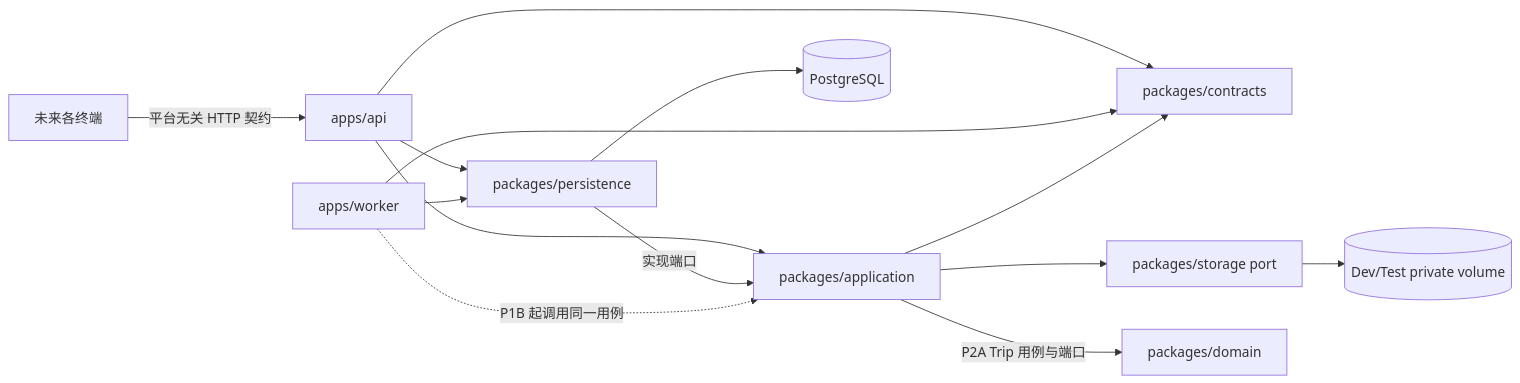
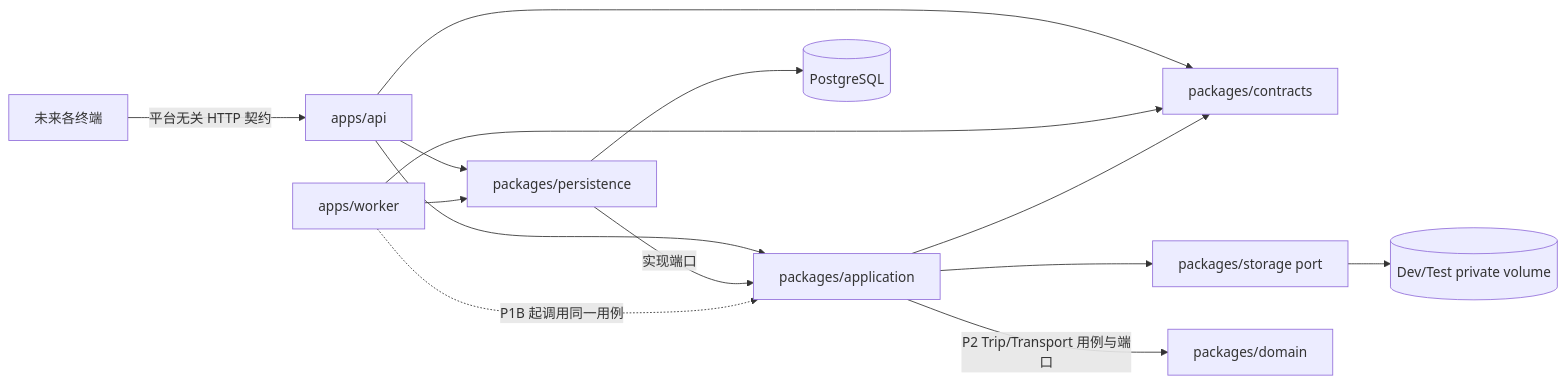
Before and after one commit to tonivikingdom/TRAVEL-V1: the diagram in docs/architecture/modules.md, drawn with Mermaid. The commit also changed other lines of this file and 32 other files, not shown here.

````diff
--- a/docs/architecture/modules.md
+++ b/docs/architecture/modules.md
@@ -5,17 +5,17 @@
 ```mermaid
 flowchart LR
   Clients[未来各终端] -->|平台无关 HTTP 契约| API[apps/api]
   API --> Contracts[packages/contracts]
   API --> Application[packages/application]
   API --> Persistence[packages/persistence]
   Worker[apps/worker] --> Contracts
   Worker --> Persistence
   Persistence --> PostgreSQL[(PostgreSQL)]
   Application --> Storage[packages/storage port]
   Storage --> PrivateVolume[(Dev/Test private volume)]
   Domain[packages/domain]
   Application --> Contracts
-  Application -->|P2A Trip 用例与端口| Domain
+  Application -->|P2 Trip/Transport 用例与端口| Domain
   Persistence -->|实现端口| Application
   Worker -. P1B 起调用同一用例 .-> Application
 ```
````
